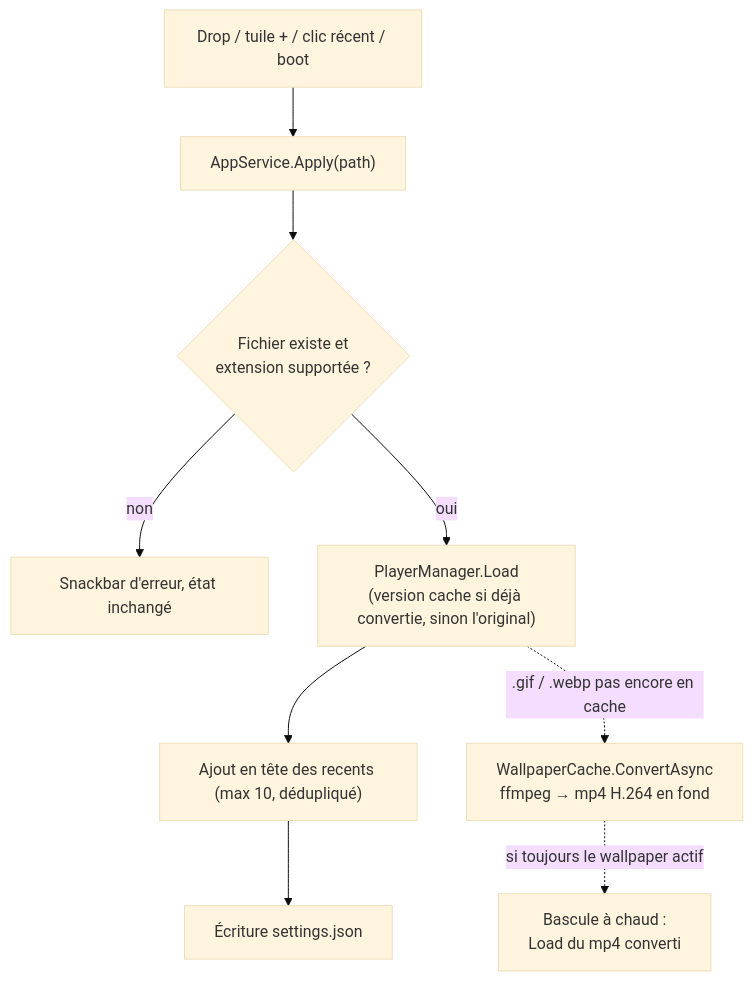
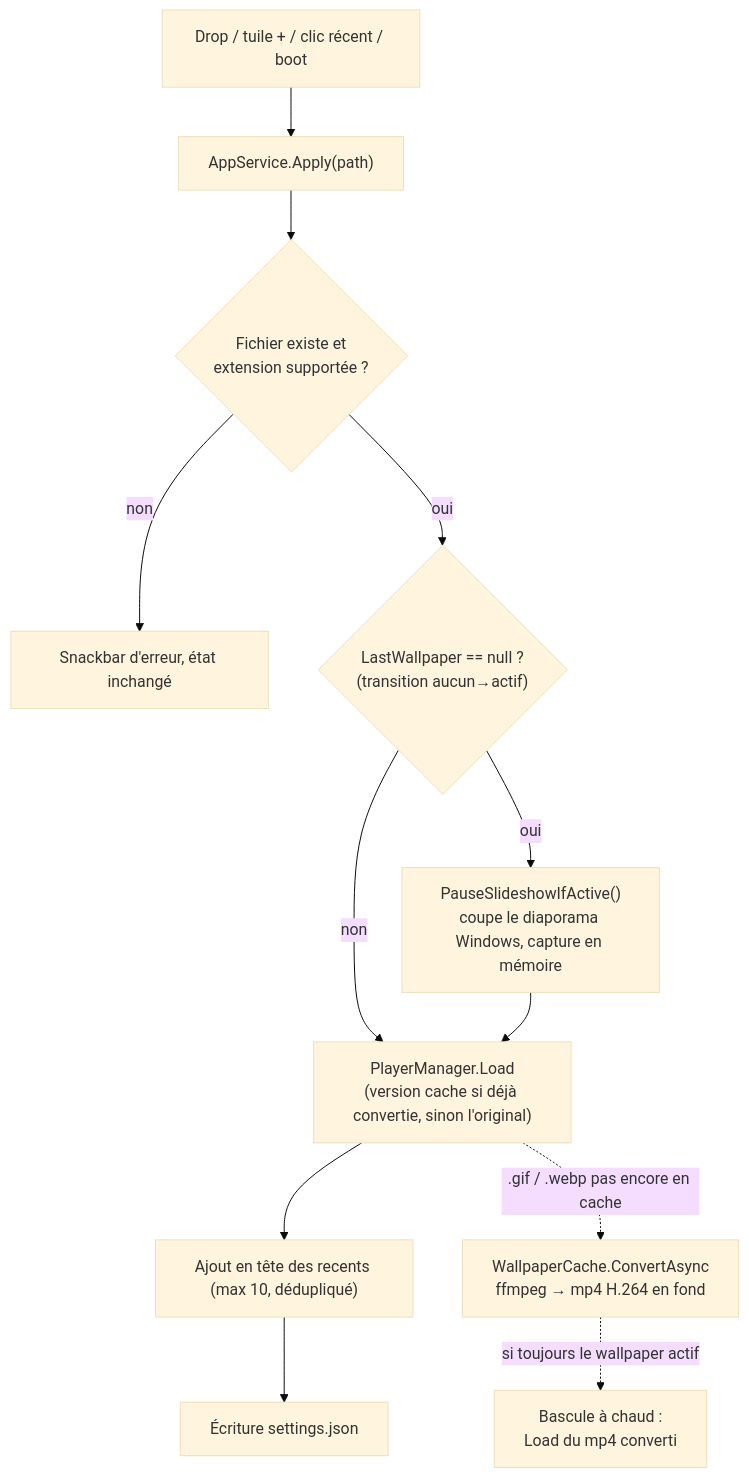
Before and after one commit to KevinT78/wallflow: the third of 5 diagrams in docs/ARCHITECTURE-TECHNIQUE.md, drawn with Mermaid (base theme). The commit also changed other lines of this file and 2 other files, not shown here.

First line of the commit message:
docs: sync CONTEXT/VUE-PRODUIT/ARCHITECTURE pour l'anti-flicker diaporama (issue 007)

````diff
--- a/docs/ARCHITECTURE-TECHNIQUE.md
+++ b/docs/ARCHITECTURE-TECHNIQUE.md
@@ -139,11 +155,14 @@
 ```mermaid
 flowchart TD
     A["Drop / tuile + / clic récent / boot"] --> B["AppService.Apply(path)"]
     B --> C{"Fichier existe et<br/>extension supportée ?"}
     C -->|non| D["Snackbar d'erreur, état inchangé"]
-    C -->|oui| E["PlayerManager.Load<br/>(version cache si déjà convertie, sinon l'original)"]
+    C -->|oui| T{"LastWallpaper == null ?<br/>(transition aucun→actif)"}
+    T -->|oui| S["PauseSlideshowIfActive()<br/>coupe le diaporama Windows, capture en mémoire"]
+    T -->|non| E
+    S --> E["PlayerManager.Load<br/>(version cache si déjà convertie, sinon l'original)"]
     E --> F["Ajout en tête des recents (max 10, dédupliqué)"]
     F --> G["Écriture settings.json"]
     E -.->|.gif / .webp pas encore en cache| H["WallpaperCache.ConvertAsync<br/>ffmpeg → mp4 H.264 en fond"]
     H -.->|si toujours le wallpaper actif| I["Bascule à chaud :<br/>Load du mp4 converti"]
 ```
````
